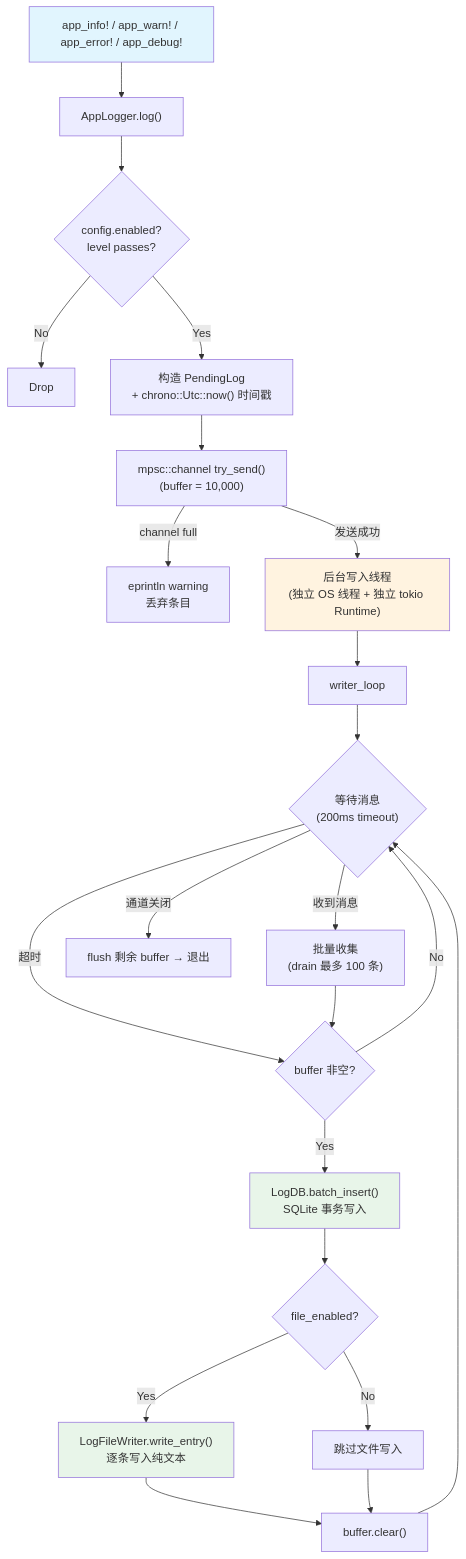
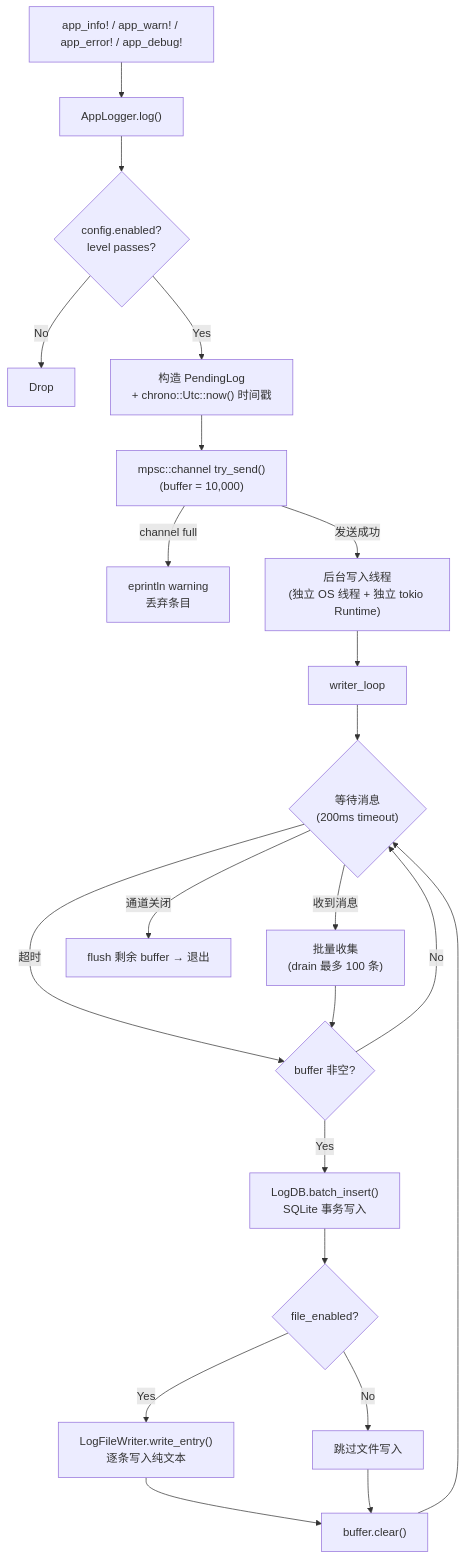
One commit to shiwenwen/hope-agent changed the first of 2 diagrams in docs/architecture/logging.md. Above: the diagram before and after it, drawn with Mermaid. The commit also changed other lines of this file and 13 other files, not shown here.

First line of the commit message:
docs: 移除 mermaid 图表中的自定义背景色填充

````diff
--- a/docs/architecture/logging.md
+++ b/docs/architecture/logging.md
@@ -18,29 +18,25 @@
 ```mermaid
 flowchart TD
     A["app_info! / app_warn! / app_error! / app_debug!"] --> B["AppLogger.log()"]
     B --> C{"config.enabled?\nlevel passes?"}
     C -- No --> D["Drop"]
     C -- Yes --> E["构造 PendingLog\n+ chrono::Utc::now() 时间戳"]
     E --> F["mpsc::channel try_send()\n(buffer = 10,000)"]
     F -- "channel full" --> F2["eprintln warning\n丢弃条目"]
     F -- "发送成功" --> G["后台写入线程\n(独立 OS 线程 + 独立 tokio Runtime)"]
     G --> H["writer_loop"]
     H --> I{"等待消息\n(200ms timeout)"}
     I -- "收到消息" --> J["批量收集\n(drain 最多 100 条)"]
     I -- "超时" --> K{"buffer 非空?"}
     I -- "通道关闭" --> L["flush 剩余 buffer → 退出"]
     J --> K
     K -- Yes --> M["LogDB.batch_insert()\nSQLite 事务写入"]
     K -- No --> I
     M --> N{"file_enabled?"}
     N -- Yes --> O["LogFileWriter.write_entry()\n逐条写入纯文本"]
     N -- No --> P["跳过文件写入"]
     O --> Q["buffer.clear()"]
     P --> Q
     Q --> I
 
-    style A fill:#e1f5fe
-    style G fill:#fff3e0
-    style M fill:#e8f5e9
-    style O fill:#e8f5e9
 ```
````
